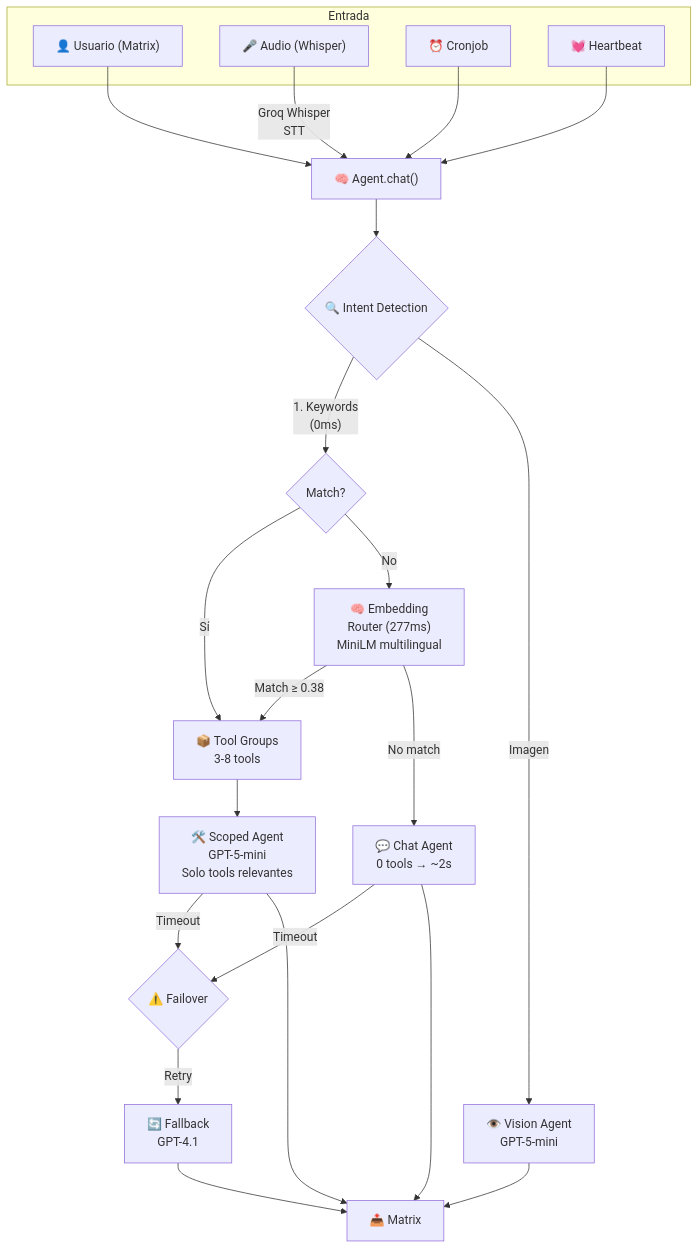
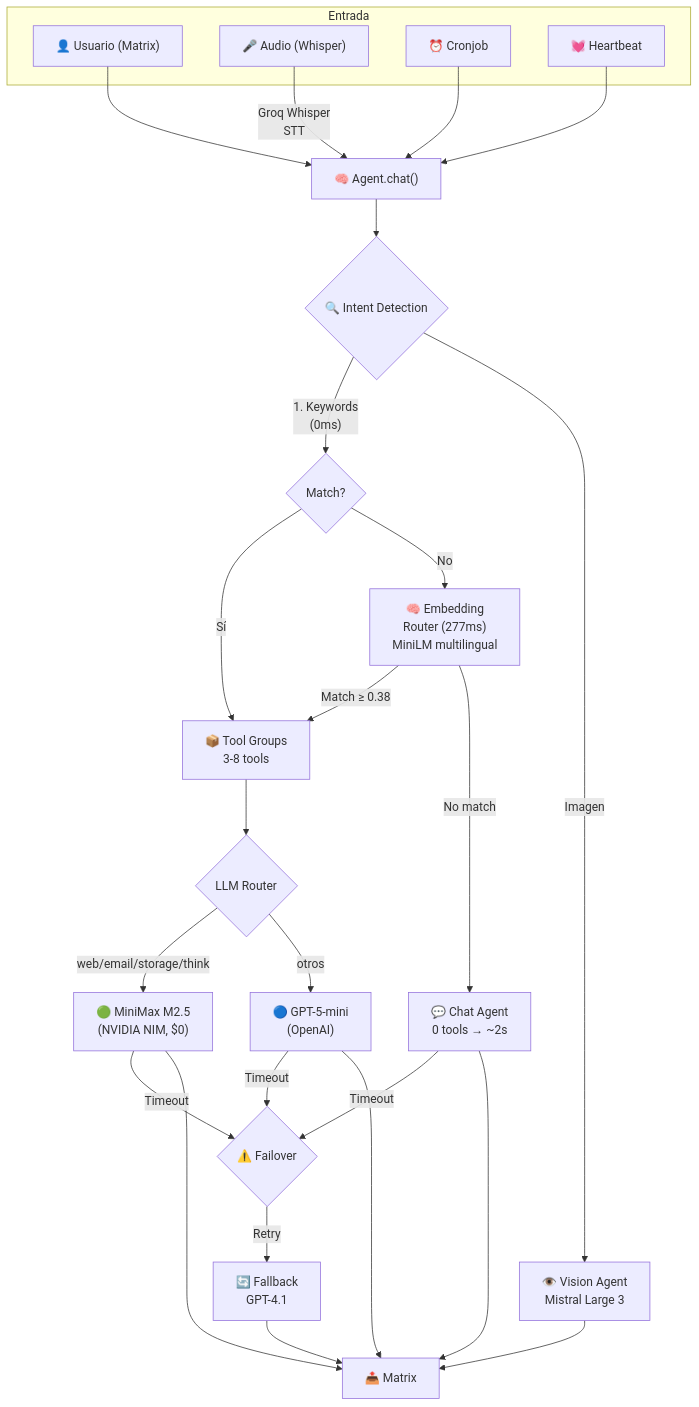
One commit to judmontoyaso/jada changed the diagram in README.md. Above: the diagram before and after it, drawn with Mermaid. The commit also changed other lines of this file and 9 other files, not shown here.

Commit message:
feat: Implement multi-LLM routing for tools, add text-to-speech output, and expand the agent's toolset.

````diff
--- a/README.md
+++ b/README.md
@@ -23,35 +23,39 @@
 ```mermaid
 graph TD
     subgraph "Entrada"
         M["👤 Usuario (Matrix)"]
         A["🎤 Audio (Whisper)"]
         C["⏰ Cronjob"]
         H["💓 Heartbeat"]
     end
 
     M --> R["🧠 Agent.chat()"]
     A -->|"Groq Whisper<br/>STT"| R
     C --> R
     H --> R
 
     R --> D{"🔍 Intent Detection"}
 
     D -->|"1. Keywords<br/>(0ms)"| KW{"Match?"}
     KW -->|"Sí"| GRP["📦 Tool Groups<br/>3-8 tools"]
     KW -->|"No"| EMB["🧠 Embedding<br/>Router (277ms)<br/>MiniLM multilingual"]
     EMB -->|"Match ≥ 0.38"| GRP
     EMB -->|"No match"| CHAT["💬 Chat Agent<br/>0 tools → ~2s"]
 
-    GRP --> TOOL["🛠️ Scoped Agent<br/>GPT-5-mini<br/>Solo tools relevantes"]
+    GRP --> ROUTE{"LLM Router"}
+    ROUTE -->|"web/email/storage/think"| NV["🟢 MiniMax M2.5<br/>(NVIDIA NIM, $0)"]
+    ROUTE -->|"otros"| GPT["🔵 GPT-5-mini<br/>(OpenAI)"]
 
-    D -->|"Imagen"| VIS["👁️ Vision Agent<br/>GPT-5-mini"]
+    D -->|"Imagen"| VIS["👁️ Vision Agent<br/>Mistral Large 3"]
 
     CHAT -->|"Timeout"| FB{"⚠️ Failover"}
-    TOOL -->|"Timeout"| FB
+    NV -->|"Timeout"| FB
+    GPT -->|"Timeout"| FB
 
     FB -->|"Retry"| FALL["🔄 Fallback<br/>GPT-4.1"]
     FALL --> OUT["📤 Matrix"]
     CHAT --> OUT
-    TOOL --> OUT
+    NV --> OUT
+    GPT --> OUT
     VIS --> OUT
 ```
````
